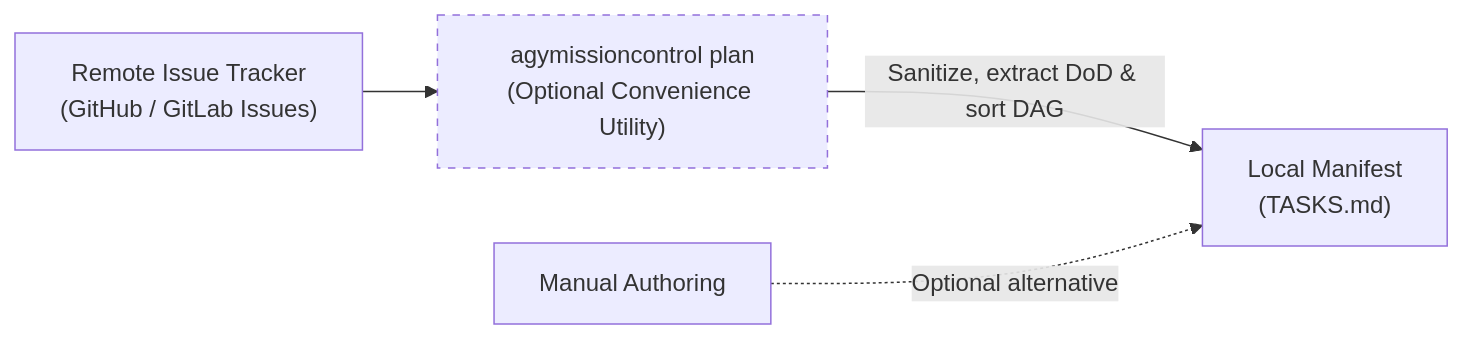
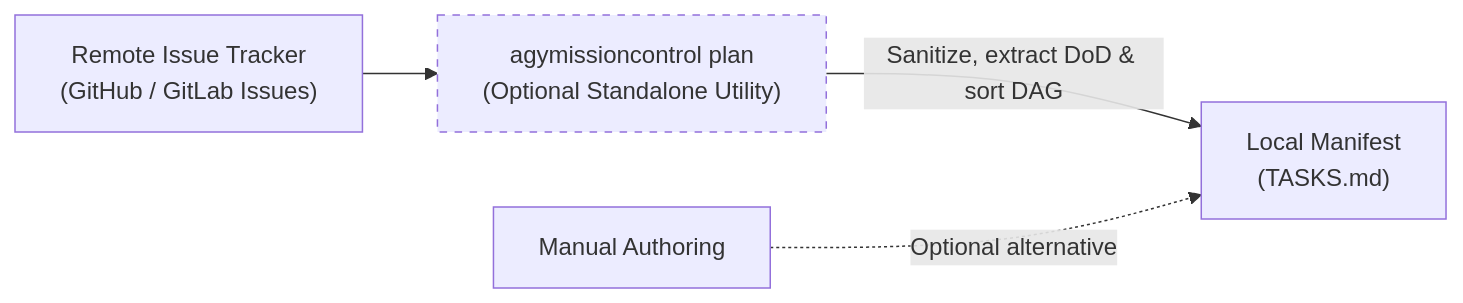
One commit to alepuccetti/agy-missioncontrol changed the second of 2 diagrams in README.md. Above: the diagram before and after it, drawn with Mermaid. The commit also changed other lines of this file and 4 other files, not shown here.

First line of the commit message:
docs(architecture): refocus E03 and E04 on quota management

````diff
--- a/README.md
+++ b/README.md
@@ -58,8 +54,8 @@
 ```mermaid
 flowchart LR
-    Tracker["Remote Issue Tracker\n(GitHub / GitLab Issues)"] --> Plan["agymissioncontrol plan\n(Optional Convenience Utility)"]
+    Tracker["Remote Issue Tracker\n(GitHub / GitLab Issues)"] --> Plan["agymissioncontrol plan\n(Optional Standalone Utility)"]
     Plan -->|"Sanitize, extract DoD & sort DAG"| Manifest["Local Manifest\n(TASKS.md)"]
     Manual["Manual Authoring"] -.->|"Optional alternative"| Manifest
 
     style Plan stroke-dasharray: 5 5
 ```
````
